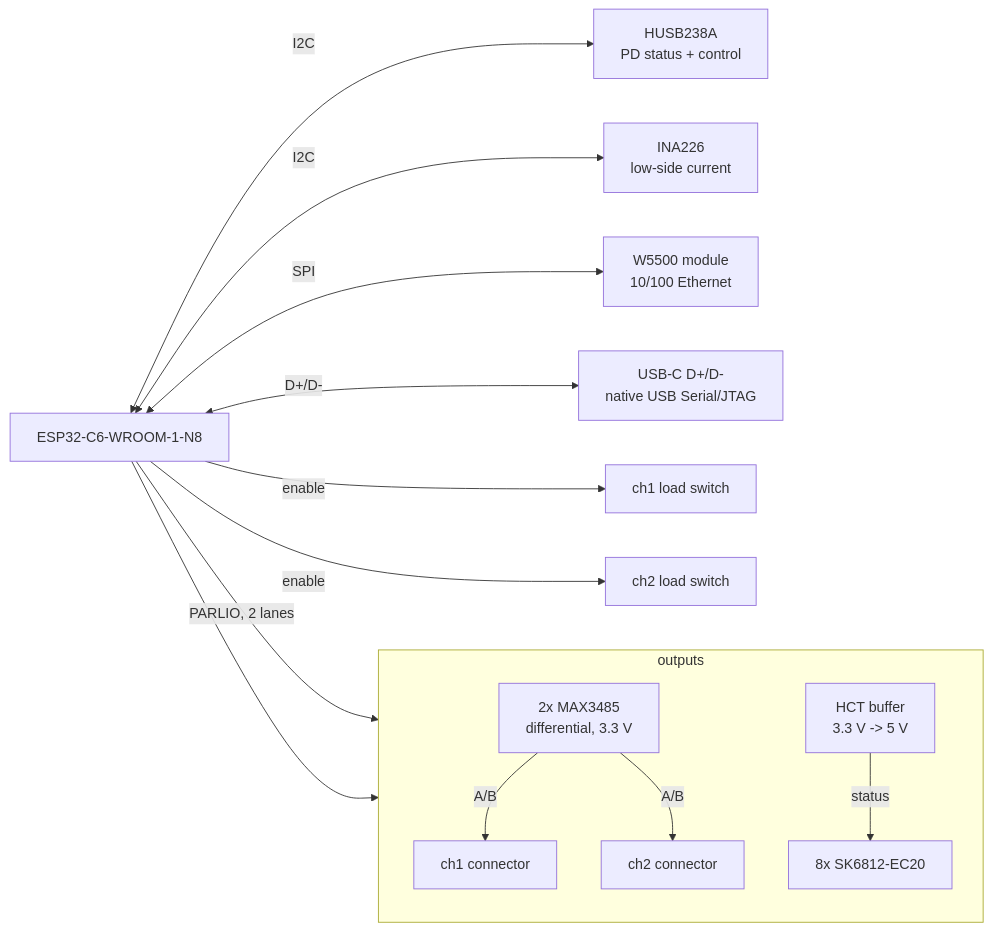
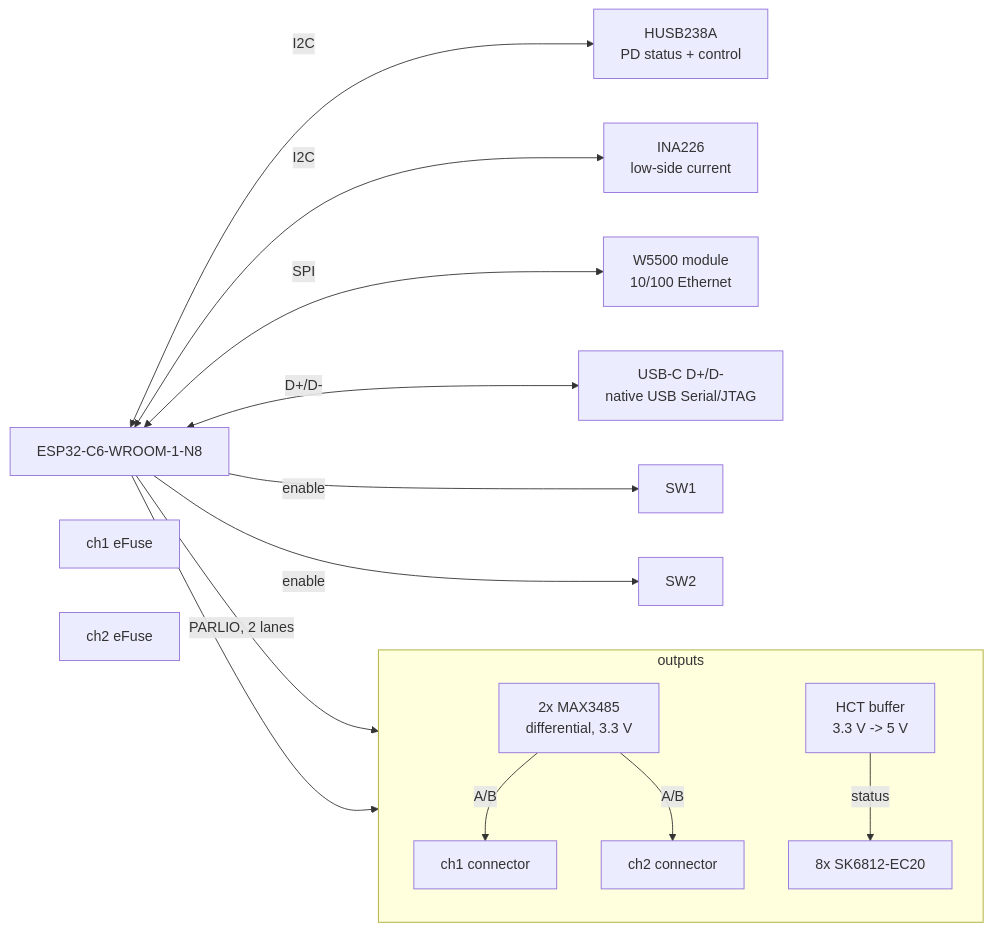
The second of 4 diagrams in designs/led-matrix-controller/README.md (lucsoft/pcb-design), drawn with Mermaid before and after one commit. The commit also changed other lines of this file and 15 other files, not shown here.

````diff
--- a/designs/led-matrix-controller/README.md
+++ b/designs/led-matrix-controller/README.md
@@ -107,29 +107,29 @@
 ```mermaid
 flowchart LR
     MCU["ESP32-C6-WROOM-1-N8"]
 
     PD["HUSB238A<br/>PD status + control"]
     INA["INA226<br/>low-side current"]
     ETH["W5500 module<br/>10/100 Ethernet"]
     USBD["USB-C D+/D-<br/>native USB Serial/JTAG"]
 
     subgraph OUTS["outputs"]
         direction TB
         RS485["2x MAX3485<br/>differential, 3.3 V"] -->|"A/B"| CN1["ch1 connector"]
         RS485 -->|"A/B"| CN2["ch2 connector"]
         BUF["HCT buffer<br/>3.3 V -> 5 V"]
         BUF -->|status| LEDS["8x SK6812-EC20"]
     end
 
-    SW1["ch1 load switch"]
-    SW2["ch2 load switch"]
+    EF1["ch1 eFuse"]
+    EF2["ch2 eFuse"]
 
     MCU <-->|I2C| PD
     MCU <-->|I2C| INA
     MCU <-->|SPI| ETH
     MCU <-->|"D+/D-"| USBD
     MCU -->|"PARLIO, 2 lanes"| RS485
     MCU --> BUF
     MCU -->|enable| SW1
     MCU -->|enable| SW2
 ```
````
